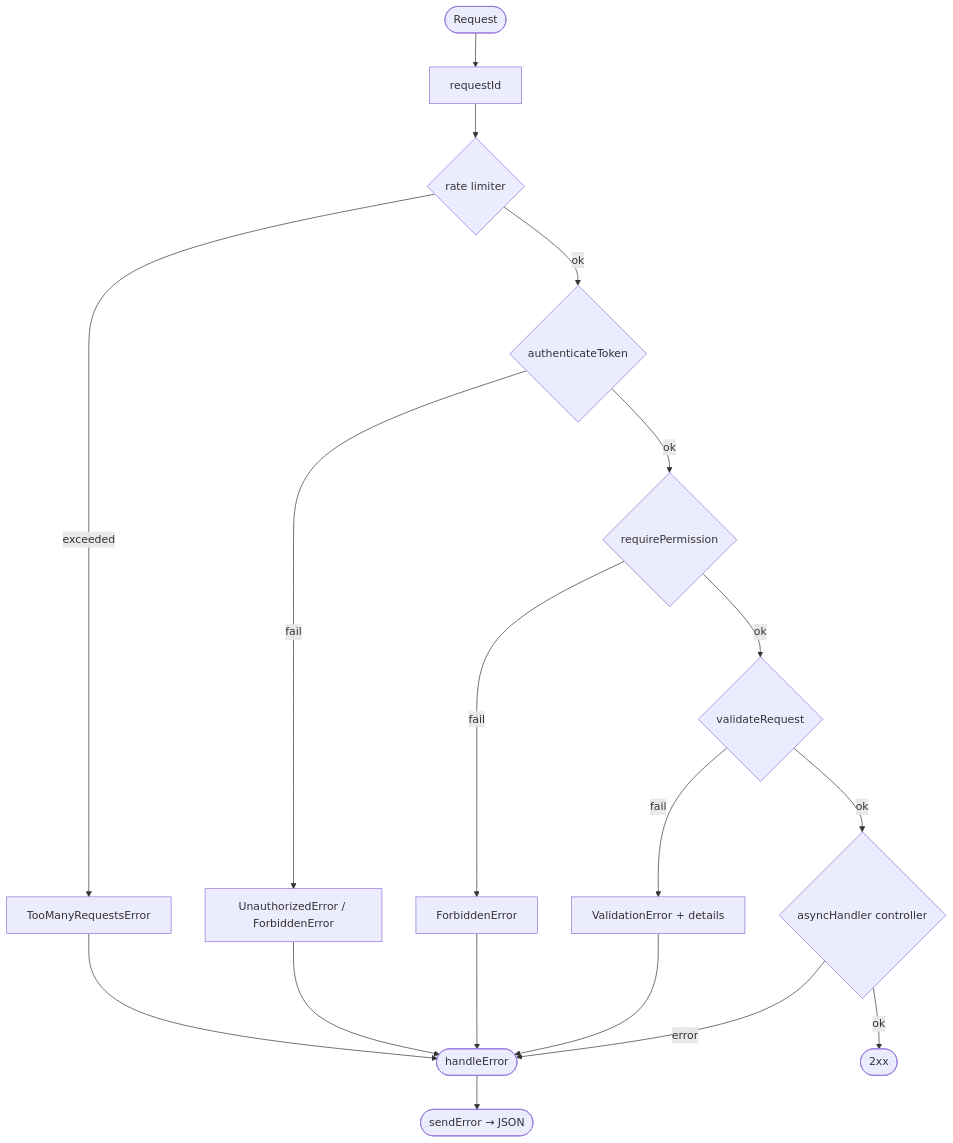
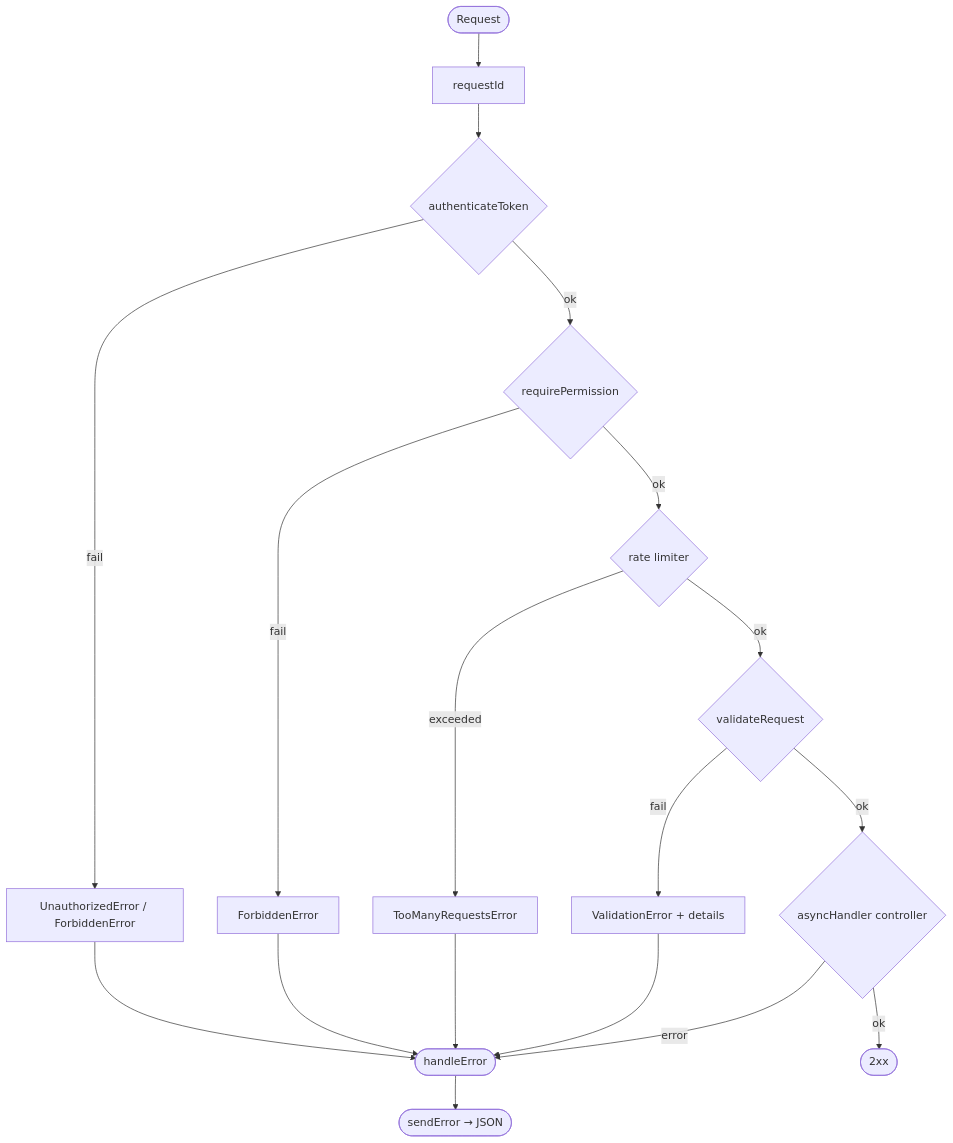
The second of 2 diagrams in backend/docs/errors.md (shin0bi21/program-management-app), drawn with Mermaid before and after one commit. The commit also changed other lines of this file and 8 other files, not shown here.

````diff
--- a/backend/docs/errors.md
+++ b/backend/docs/errors.md
@@ -138,20 +140,20 @@
 ```mermaid
 flowchart TD
     REQ([Request]) --> RID[requestId]
-    RID --> RL{rate limiter}
-    RL -->|exceeded| T429[TooManyRequestsError]
-    RL -->|ok| AT{authenticateToken}
+    RID --> AT{authenticateToken}
     AT -->|fail| T401[UnauthorizedError / ForbiddenError]
     AT -->|ok| RP{requirePermission}
     RP -->|fail| T403[ForbiddenError]
-    RP -->|ok| VR{validateRequest}
+    RP -->|ok| RL{rate limiter}
+    RL -->|exceeded| T429[TooManyRequestsError]
+    RL -->|ok| VR{validateRequest}
     VR -->|fail| T400[ValidationError + details]
     VR -->|ok| CTL{asyncHandler controller}
     CTL -->|error| EH
     CTL -->|ok| RES200([2xx])
     T429 --> EH
     T401 --> EH
     T403 --> EH
     T400 --> EH
     EH([handleError]) --> RESERR([sendError → JSON])
 ```
````
